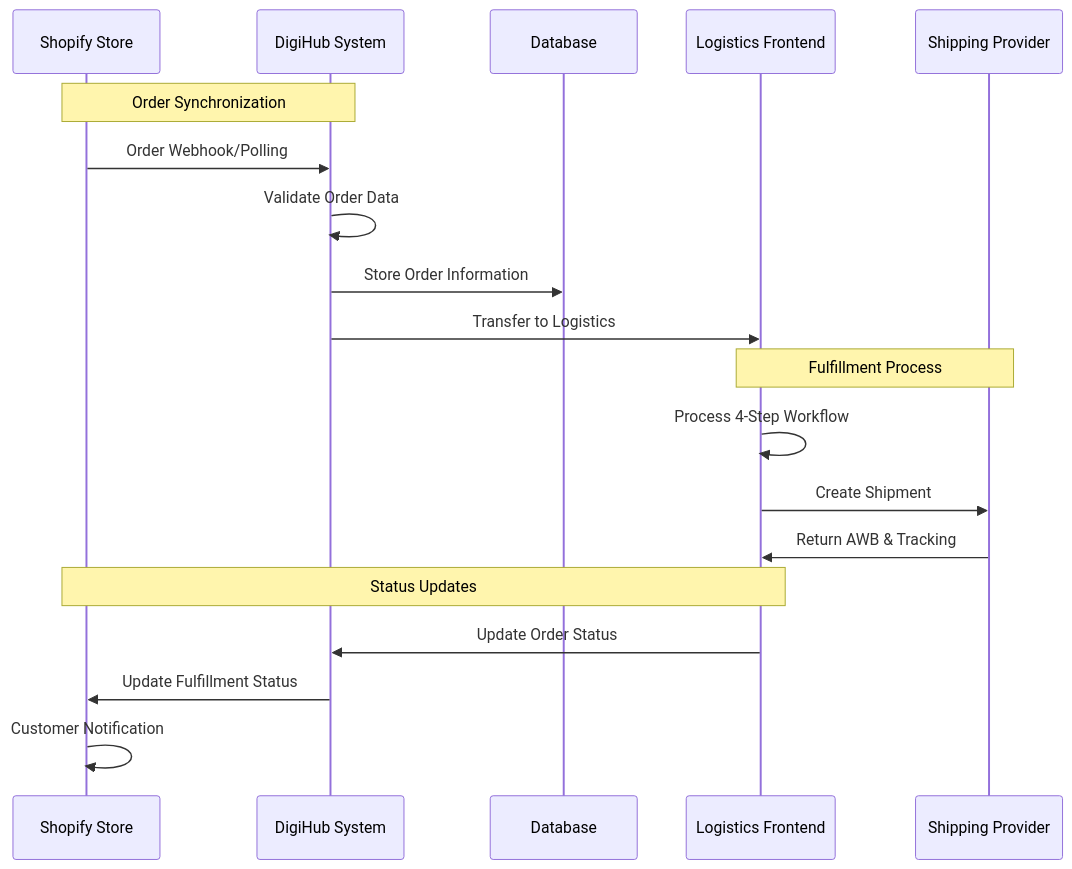
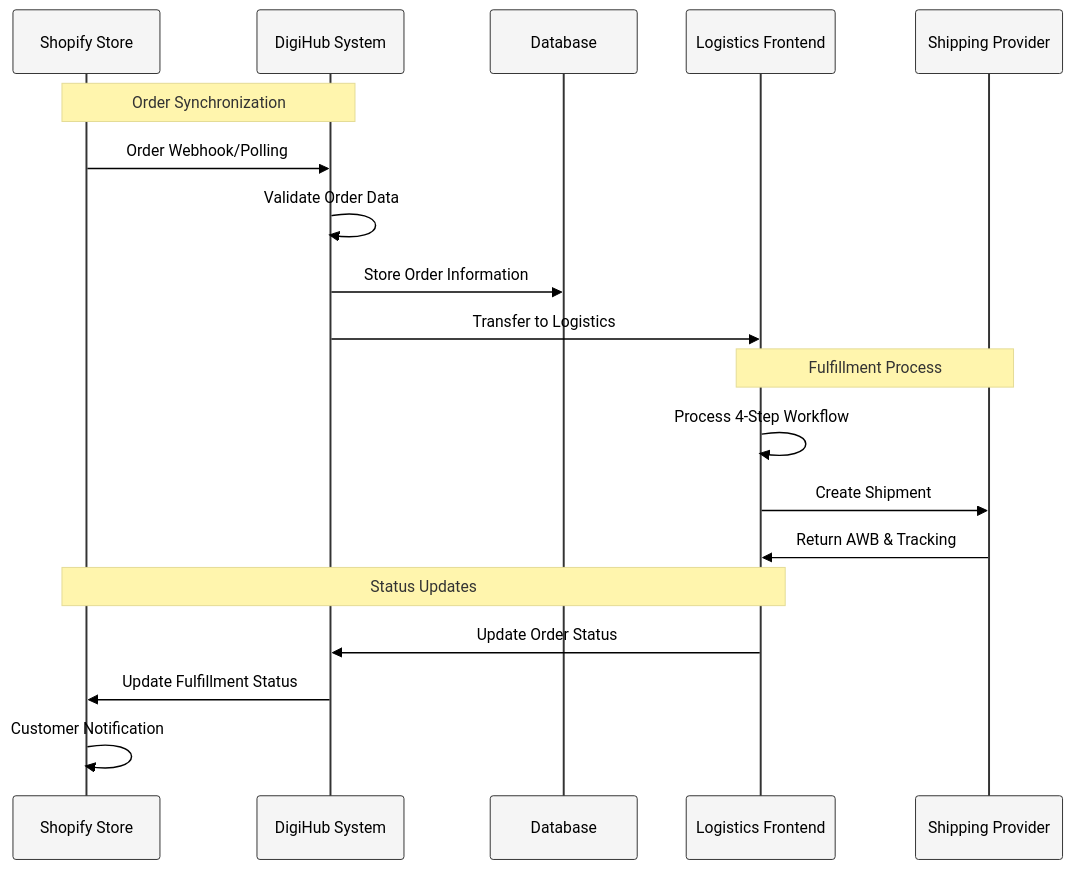
One commit to sandeepkumar0801/Digihub changed the seventh of 44 diagrams in README.md. Above: the diagram before and after it, drawn with Mermaid. The commit also changed other lines of this file and 1 other file, not shown here.

````diff
--- a/README.md
+++ b/README.md
@@ -1368,24 +1500,26 @@
 ```mermaid
 sequenceDiagram
     participant S as Shopify Store
     participant DH as DigiHub System
     participant DB as Database
     participant LF as Logistics Frontend
     participant SP as Shipping Provider
 
     Note over S,DH: Order Synchronization
     S->>DH: Order Webhook/Polling
     DH->>DH: Validate Order Data
     DH->>DB: Store Order Information
     DH->>LF: Transfer to Logistics
 
     Note over LF,SP: Fulfillment Process
     LF->>LF: Process 4-Step Workflow
     LF->>SP: Create Shipment
     SP->>LF: Return AWB & Tracking
 
     Note over LF,S: Status Updates
     LF->>DH: Update Order Status
     DH->>S: Update Fulfillment Status
     S->>S: Customer Notification
+
+    %%{init: {'theme':'base', 'themeVariables': {'primaryColor':'#f5f5f5','primaryTextColor':'#000000','primaryBorderColor':'#333333','lineColor':'#333333','secondaryColor':'#e8e8e8','tertiaryColor':'#d0d0d0','activationBorderColor':'#333333','activationBkgColor':'#f0f0f0','sequenceNumberColor':'#000000'}}}%%
 ```
````
